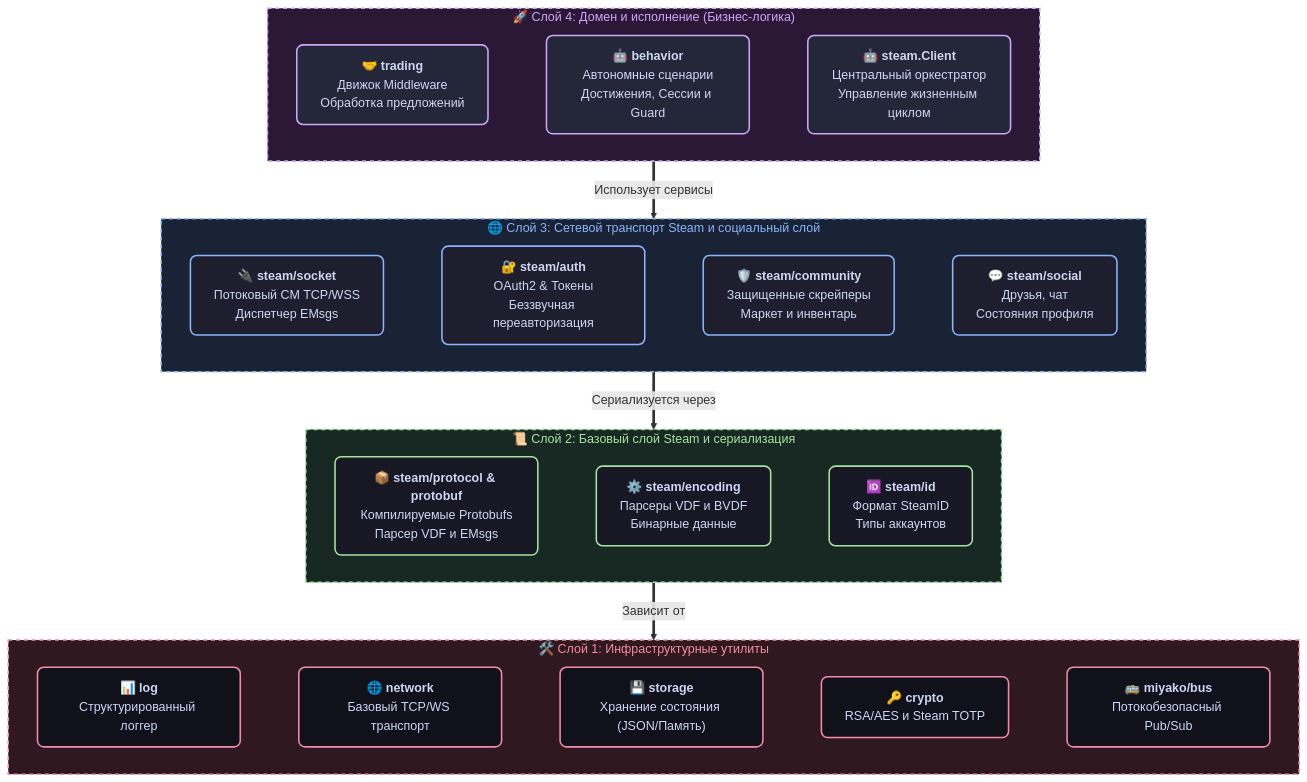
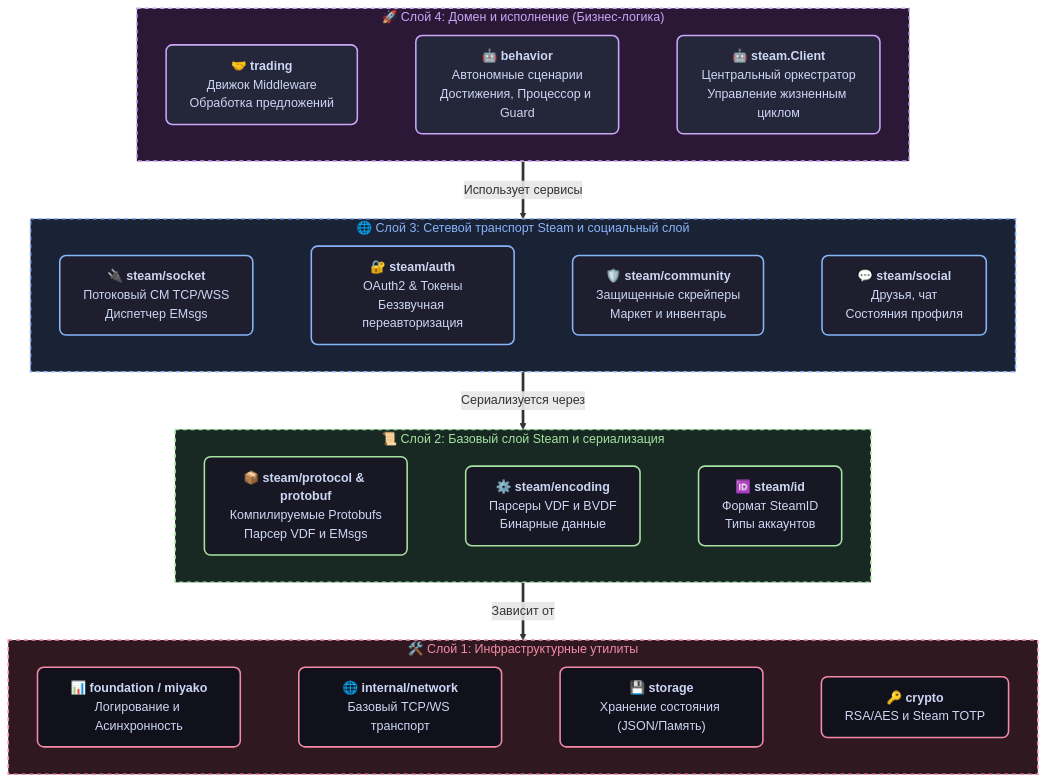
Before and after one commit to Lemon4ksan/g-man: the diagram in pkg/README_RU.md, drawn with Mermaid. The commit also changed other lines of this file and 425 other files, not shown here.

````diff
--- a/pkg/README_RU.md
+++ b/pkg/README_RU.md
@@ -17,65 +17,63 @@
 ```mermaid
 flowchart TD
     classDef l4_node fill:#24273a,stroke:#cba6f7,stroke-width:2px,color:#cdd6f4,rx:8,ry:8;
     classDef l3_node fill:#1e1e2e,stroke:#89b4fa,stroke-width:2px,color:#cdd6f4,rx:8,ry:8;
     classDef l2_node fill:#181825,stroke:#a6e3a1,stroke-width:2px,color:#cdd6f4,rx:8,ry:8;
     classDef l1_node fill:#11111b,stroke:#f38ba8,stroke-width:2px,color:#cdd6f4,rx:8,ry:8;
 
     subgraph L4 ["🚀 Слой 4: Домен и исполнение (Бизнес-логика)"]
         direction LR
         Trading["<b>🤝 trading</b><br/>Движок Middleware<br/>Обработка предложений"]
-        Behavior["<b>🤖 behavior</b><br/>Автономные сценарии<br/>Достижения, Сессии и Guard"]
+        Behavior["<b>🤖 behavior</b><br/>Автономные сценарии<br/>Достижения, Процессор и Guard"]
         Client["<b>🤖 steam.Client</b><br/>Центральный оркестратор<br/>Управление жизненным циклом"]
         
         Trading ~~~ Behavior ~~~ Client
     end
     class L4,Trading,Behavior,Client l4_node;
 
     subgraph L3 ["🌐 Слой 3: Сетевой транспорт Steam и социальный слой"]
         direction LR
         Socket["<b>🔌 steam/socket</b><br/>Потоковый CM TCP/WSS<br/>Диспетчер EMsgs"]
         Auth["<b>🔐 steam/auth</b><br/>OAuth2 & Токены<br/>Беззвучная переавторизация"]
         Comm["<b>🛡️ steam/community</b><br/>Защищенные скрейперы<br/>Маркет и инвентарь"]
         Social["<b>💬 steam/social</b><br/>Друзья, чат<br/>Состояния профиля"]
         
         Socket ~~~ Auth
         Auth ~~~ Comm
         Comm ~~~ Social
     end
     class L3,Socket,Auth,Comm,Social l3_node;
 
     subgraph L2 ["📜 Слой 2: Базовый слой Steam и сериализация"]
         direction LR
         Protocol["<b>📦 steam/protocol & protobuf</b><br/>Компилируемые Protobufs<br/>Парсер VDF и EMsgs"]
         Encoding["<b>⚙️ steam/encoding</b><br/>Парсеры VDF и BVDF<br/>Бинарные данные"]
         SID["<b>🆔 steam/id</b><br/>Формат SteamID<br/>Типы аккаунтов"]
         
         Protocol ~~~ Encoding
         Encoding ~~~ SID
     end
     class L2,Protocol,Encoding,SID l2_node;
 
     subgraph L1 ["🛠️ Слой 1: Инфраструктурные утилиты"]
         direction LR
-        Log["<b>📊 log</b><br/>Структурированный логгер"]
-        Net["<b>🌐 network</b><br/>Базовый TCP/WS транспорт"]
+        Foundation["<b>📊 foundation / miyako</b><br/>Логирование и Асинхронность"]
+        InternalNet["<b>🌐 internal/network</b><br/>Базовый TCP/WS транспорт"]
         Storage["<b>💾 storage</b><br/>Хранение состояния (JSON/Память)"]
         Crypto["<b>🔑 crypto</b><br/>RSA/AES и Steam TOTP"]
-        Bus["<b>🚌 miyako/bus</b><br/>Потокобезопасный Pub/Sub"]
         
-        Log ~~~ Net
-        Net ~~~ Storage
+        Foundation ~~~ InternalNet
+        InternalNet ~~~ Storage
         Storage ~~~ Crypto
-        Crypto ~~~ Bus
     end
-    class L1,Log,Net,Storage,Crypto,Bus l1_node;
+    class L1,Foundation,InternalNet,Storage,Crypto l1_node;
 
     L4 ==>|Использует сервисы| L3
     L3 ==>|Сериализуется через| L2
     L2 ==>|Зависит от| L1
 
     style L4 fill:#2b1836,stroke:#cba6f7,stroke-width:2px,stroke-dasharray: 5 5,color:#cba6f7
     style L3 fill:#1a2235,stroke:#89b4fa,stroke-width:2px,stroke-dasharray: 5 5,color:#89b4fa
     style L2 fill:#182823,stroke:#a6e3a1,stroke-width:2px,stroke-dasharray: 5 5,color:#a6e3a1
     style L1 fill:#301820,stroke:#f38ba8,stroke-width:2px,stroke-dasharray: 5 5,color:#f38ba8
 ```
````
